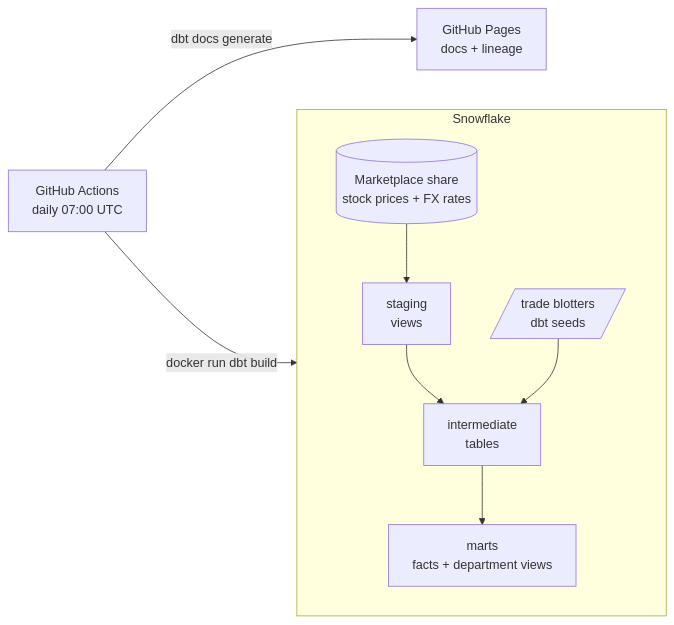
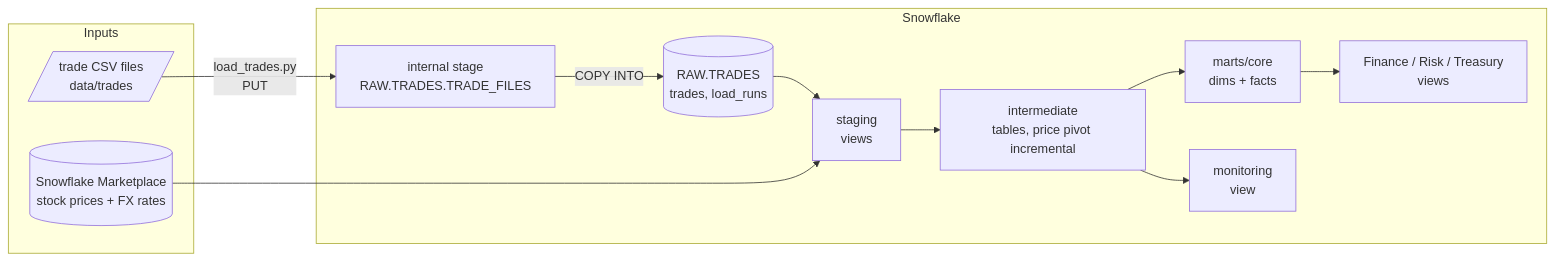
Before and after one commit to Grechenish/02_dbt_core_snowflake: the first of 2 diagrams in README.md, drawn with Mermaid. The commit also changed other lines of this file and 8 other files, not shown here.

````diff
--- a/README.md
+++ b/README.md
@@ -17,14 +18,19 @@
 ```mermaid
 flowchart LR
+    subgraph inputs["Inputs"]
+        FILES[/"trade CSV files<br/>data/trades"/]
+        MKT[("Snowflake Marketplace<br/>stock prices + FX rates")]
+    end
     subgraph SF["Snowflake"]
-        SRC[("Marketplace share<br/>stock prices + FX rates")]
-        SEEDS[/"trade blotters<br/>dbt seeds"/]
+        STAGE["internal stage<br/>RAW.TRADES.TRADE_FILES"]
+        RAW[("RAW.TRADES<br/>trades, load_runs")]
         STG["staging<br/>views"]
-        INT["intermediate<br/>tables"]
-        MART["marts<br/>facts + department views"]
-        SRC --> STG --> INT --> MART
-        SEEDS --> INT
+        INT["intermediate<br/>tables, price pivot incremental"]
+        CORE["marts/core<br/>dims + facts"]
+        DEPT["Finance / Risk / Treasury<br/>views"]
+        MON["monitoring<br/>view"]
     end
-    GH["GitHub Actions<br/>daily 07:00 UTC"] -- "docker run dbt build" --> SF
-    GH -- "dbt docs generate" --> PAGES["GitHub Pages<br/>docs + lineage"]
+    FILES -- "load_trades.py<br/>PUT" --> STAGE -- "COPY INTO" --> RAW --> STG
+    MKT --> STG --> INT --> CORE --> DEPT
+    INT --> MON
 ```
````
